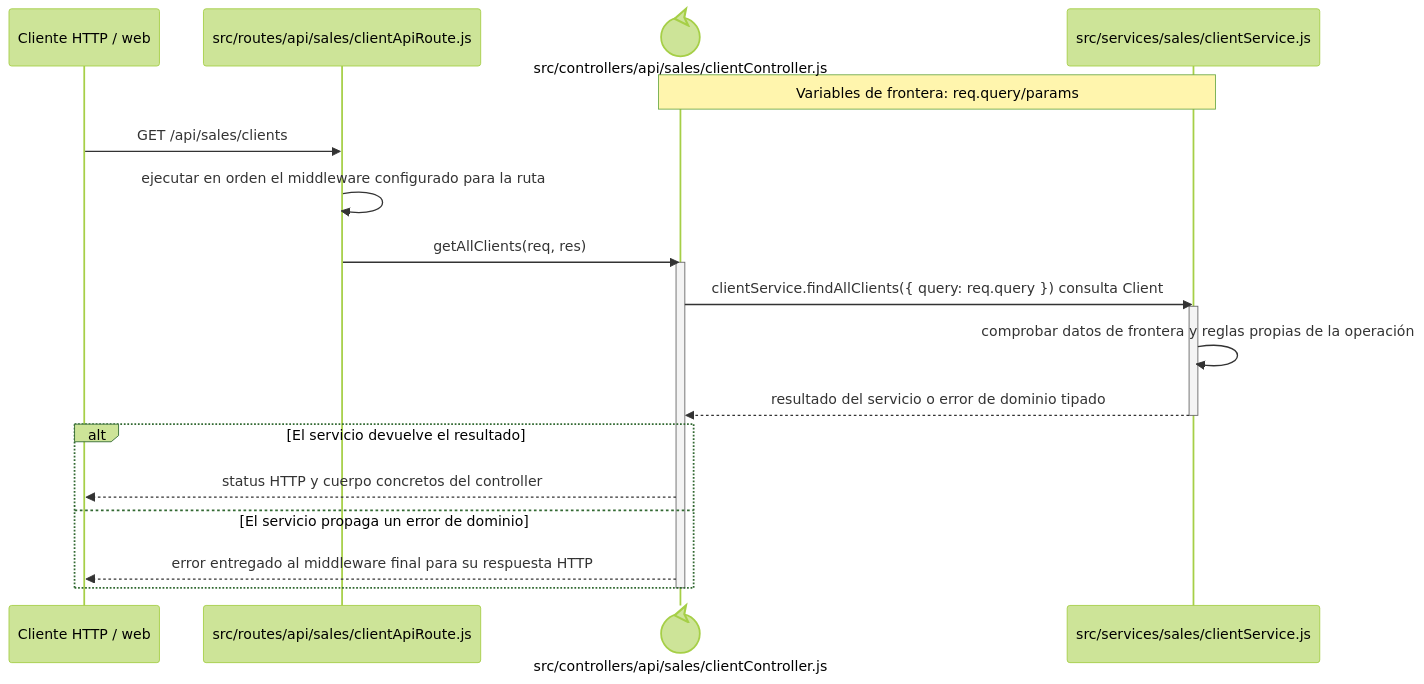
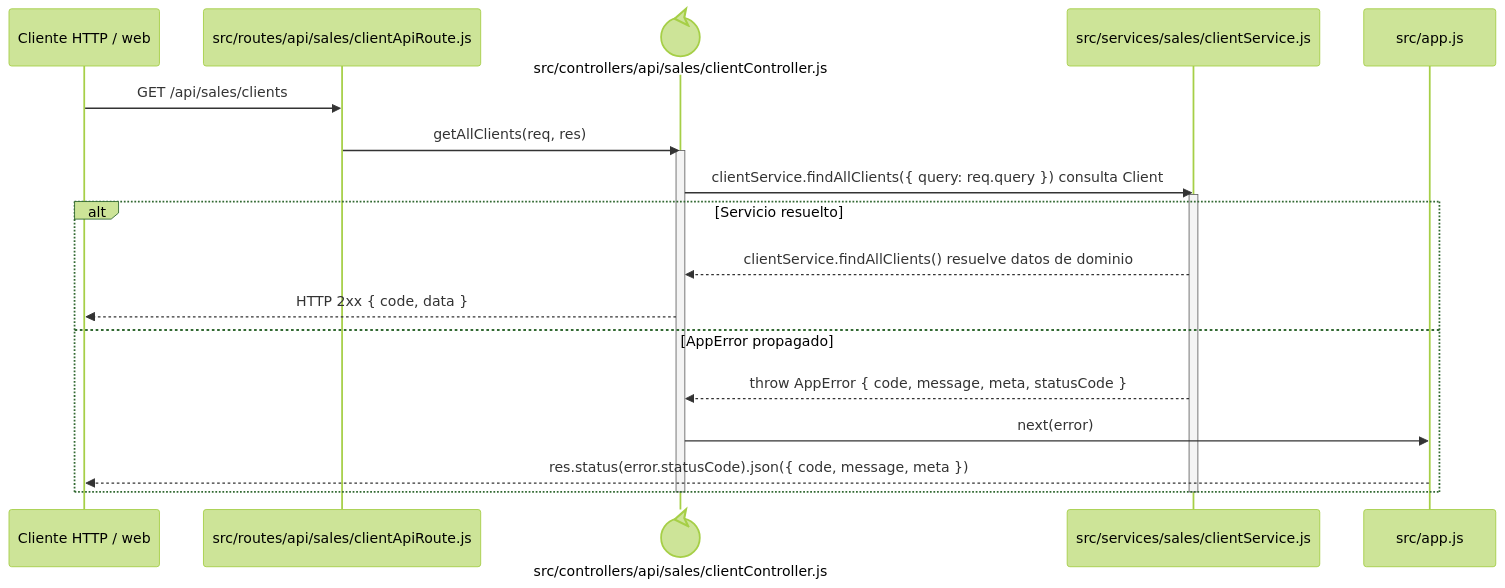
One commit to gpgsistemas01/nexus changed the diagram in docs/architecture/backend-code-sequences/catalogs/cu-cat-05.md. Above: the diagram before and after it, drawn with Mermaid (forest theme). The commit also changed 148 other files, not shown here.

````diff
--- a/docs/architecture/backend-code-sequences/catalogs/cu-cat-05.md
+++ b/docs/architecture/backend-code-sequences/catalogs/cu-cat-05.md
@@ -6,24 +6,24 @@
 ```mermaid
 sequenceDiagram
     participant Client as Cliente HTTP / web
     participant Route as src/routes/api/sales/clientApiRoute.js
     participant Controller@{ "type": "control" } as src/controllers/api/sales/clientController.js
     participant Domain as src/services/sales/clientService.js
-    Note over Controller,Domain: Variables de frontera: req.query/params
+    participant ErrorHandler as src/app.js
 
     Client->>Route: GET /api/sales/clients
-    Route->>Route: ejecutar en orden el middleware configurado para la ruta
     Route->>Controller: getAllClients(req, res)
     activate Controller
     Controller->>Domain: clientService.findAllClients({ query: req.query }) consulta Client
     activate Domain
-    Domain->>Domain: comprobar datos de frontera y reglas propias de la operación
-    Domain-->>Controller: resultado del servicio o error de dominio tipado
+    alt Servicio resuelto
+        Domain-->>Controller: clientService.findAllClients() resuelve datos de dominio
+        Controller-->>Client: HTTP 2xx { code, data }
+    else AppError propagado
+        Domain-->>Controller: throw AppError { code, message, meta, statusCode }
+        Controller->>ErrorHandler: next(error)
+        ErrorHandler-->>Client: res.status(error.statusCode).json({ code, message, meta })
+    end
     deactivate Domain
-    alt El servicio devuelve el resultado
-        Controller-->>Client: status HTTP y cuerpo concretos del controller
-    else El servicio propaga un error de dominio
-        Controller-->>Client: error entregado al middleware final para su respuesta HTTP
-    end
     deactivate Controller
 ```
````
